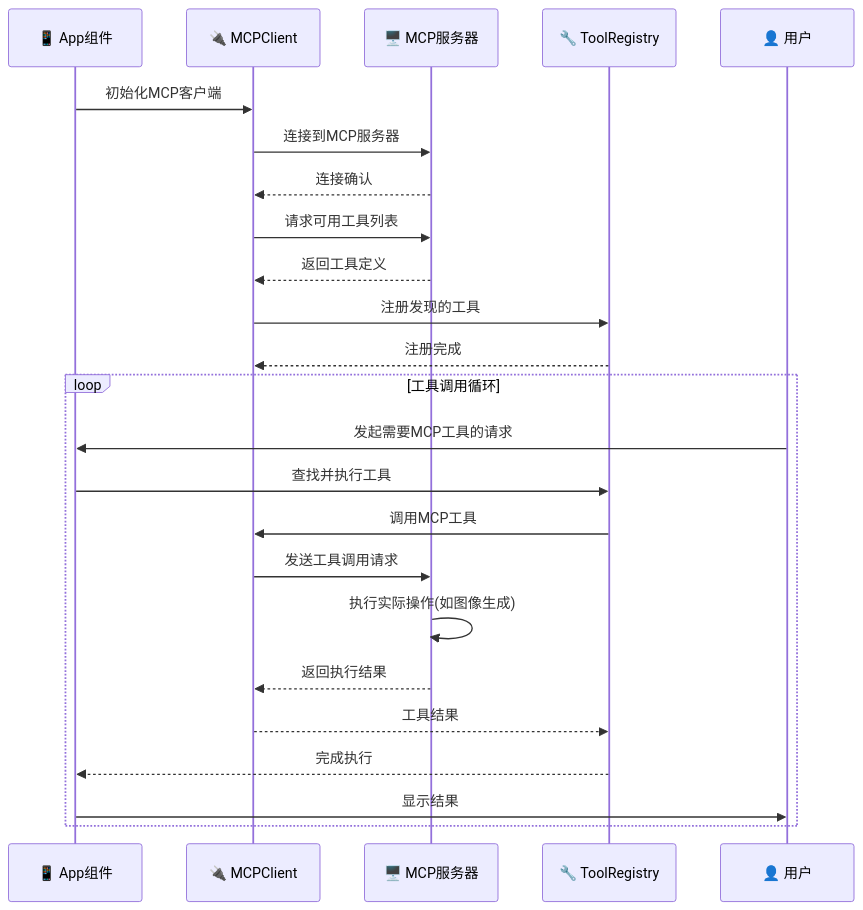
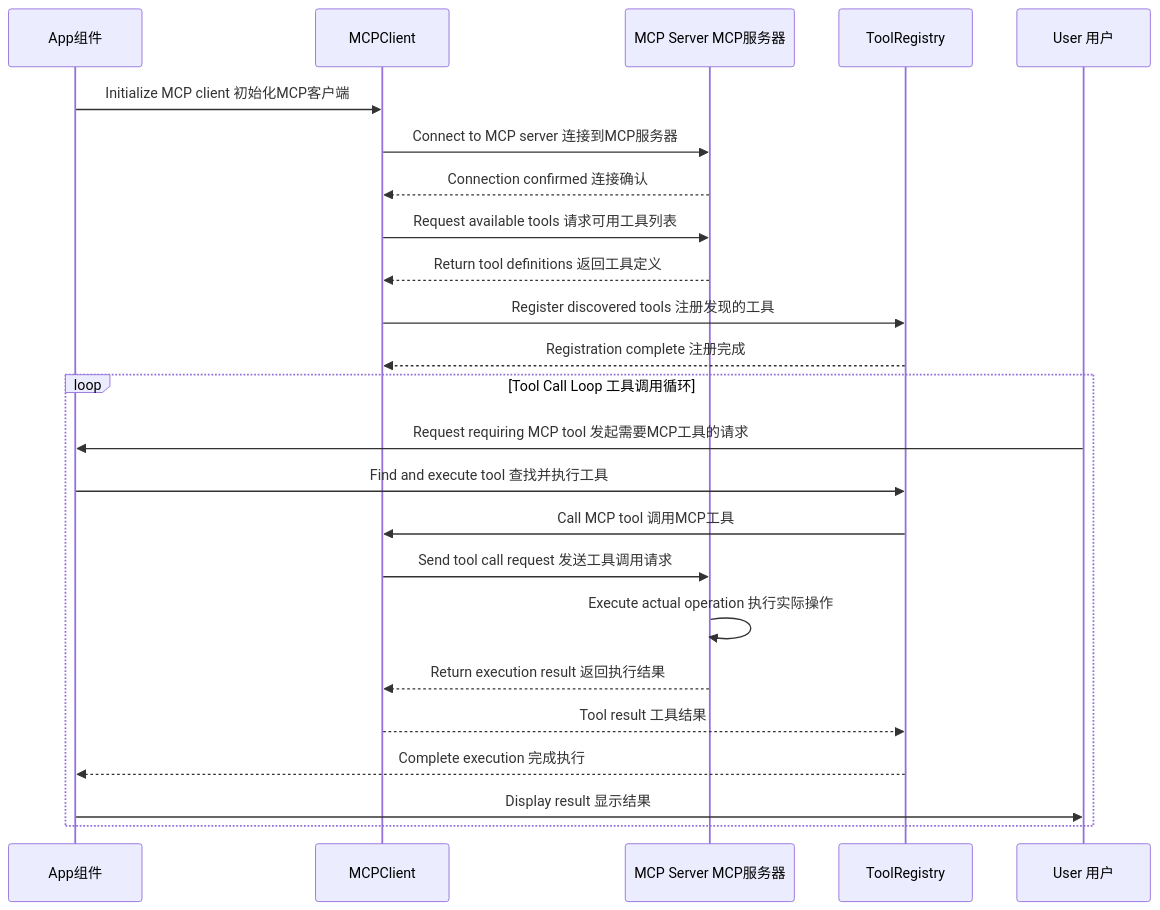
Before and after one commit to zhuangbiaowei/vitepress-ospo-writing-project: the fourth of 6 diagrams in docs/articles/gemini-cli-user-interaction-sequence.md, drawn with Mermaid. The commit also changed other lines of this file and 128 other files, not shown here.

````diff
--- a/docs/articles/gemini-cli-user-interaction-sequence.md
+++ b/docs/articles/gemini-cli-user-interaction-sequence.md
@@ -153,29 +153,29 @@
 ```mermaid
 sequenceDiagram
-    participant App as 📱 App组件
-    participant MCPClient as 🔌 MCPClient
-    participant MCPServer as 🖥️ MCP服务器
-    participant ToolRegistry as 🔧 ToolRegistry
-    participant User as 👤 用户
+    participant App as App组件
+    participant MCPClient as MCPClient
+    participant MCPServer as MCP Server MCP服务器
+    participant ToolRegistry as ToolRegistry
+    participant User as User 用户
 
-    App->>MCPClient: 初始化MCP客户端
-    MCPClient->>MCPServer: 连接到MCP服务器
-    MCPServer-->>MCPClient: 连接确认
+    App->>MCPClient: Initialize MCP client 初始化MCP客户端
+    MCPClient->>MCPServer: Connect to MCP server 连接到MCP服务器
+    MCPServer-->>MCPClient: Connection confirmed 连接确认
     
-    MCPClient->>MCPServer: 请求可用工具列表
-    MCPServer-->>MCPClient: 返回工具定义
-    MCPClient->>ToolRegistry: 注册发现的工具
-    ToolRegistry-->>MCPClient: 注册完成
+    MCPClient->>MCPServer: Request available tools 请求可用工具列表
+    MCPServer-->>MCPClient: Return tool definitions 返回工具定义
+    MCPClient->>ToolRegistry: Register discovered tools 注册发现的工具
+    ToolRegistry-->>MCPClient: Registration complete 注册完成
     
-    loop 工具调用循环
-        User->>App: 发起需要MCP工具的请求
-        App->>ToolRegistry: 查找并执行工具
-        ToolRegistry->>MCPClient: 调用MCP工具
-        MCPClient->>MCPServer: 发送工具调用请求
-        MCPServer->>MCPServer: 执行实际操作(如图像生成)
-        MCPServer-->>MCPClient: 返回执行结果
-        MCPClient-->>ToolRegistry: 工具结果
-        ToolRegistry-->>App: 完成执行
-        App->>User: 显示结果
+    loop Tool Call Loop 工具调用循环
+        User->>App: Request requiring MCP tool 发起需要MCP工具的请求
+        App->>ToolRegistry: Find and execute tool 查找并执行工具
+        ToolRegistry->>MCPClient: Call MCP tool 调用MCP工具
+        MCPClient->>MCPServer: Send tool call request 发送工具调用请求
+        MCPServer->>MCPServer: Execute actual operation 执行实际操作
+        MCPServer-->>MCPClient: Return execution result 返回执行结果
+        MCPClient-->>ToolRegistry: Tool result 工具结果
+        ToolRegistry-->>App: Complete execution 完成执行
+        App->>User: Display result 显示结果
     end
 ```
````
